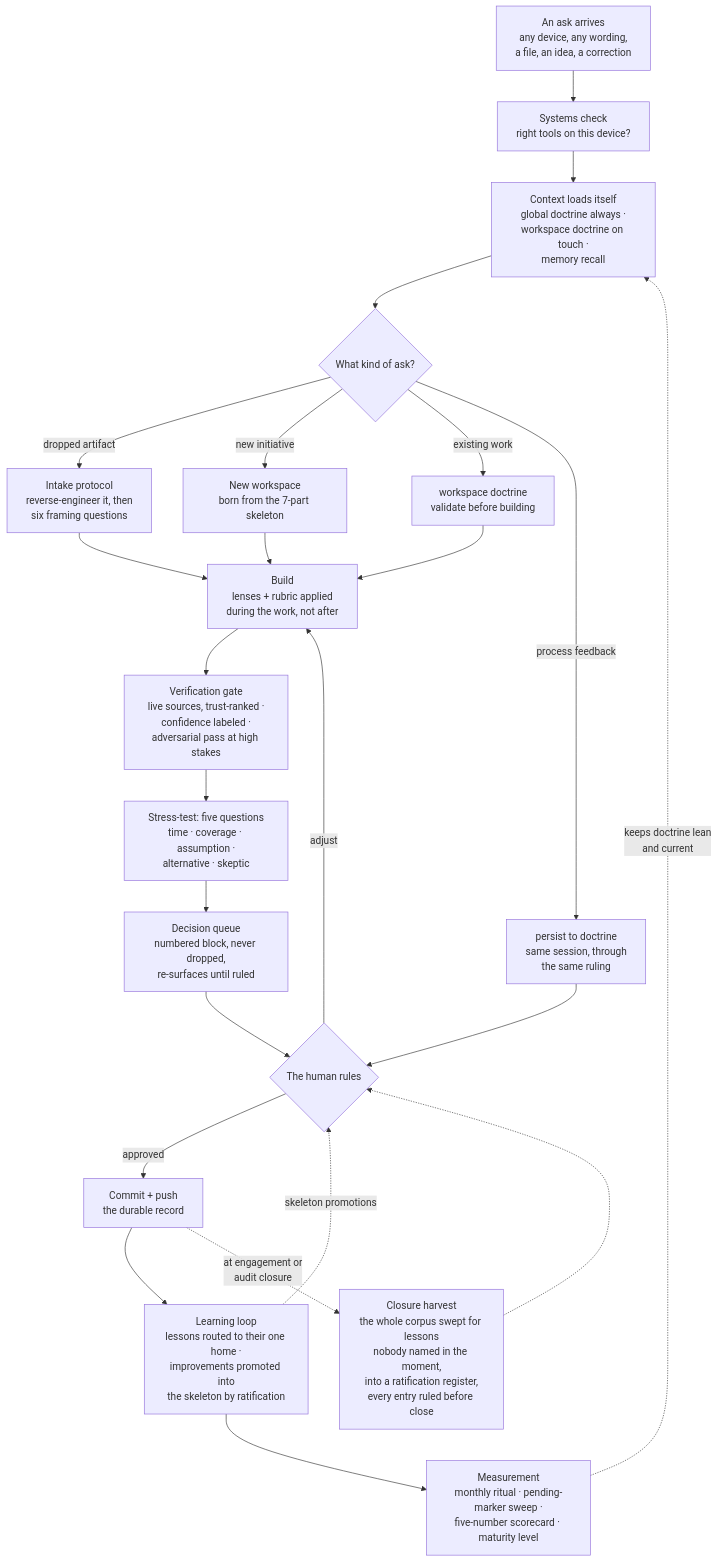
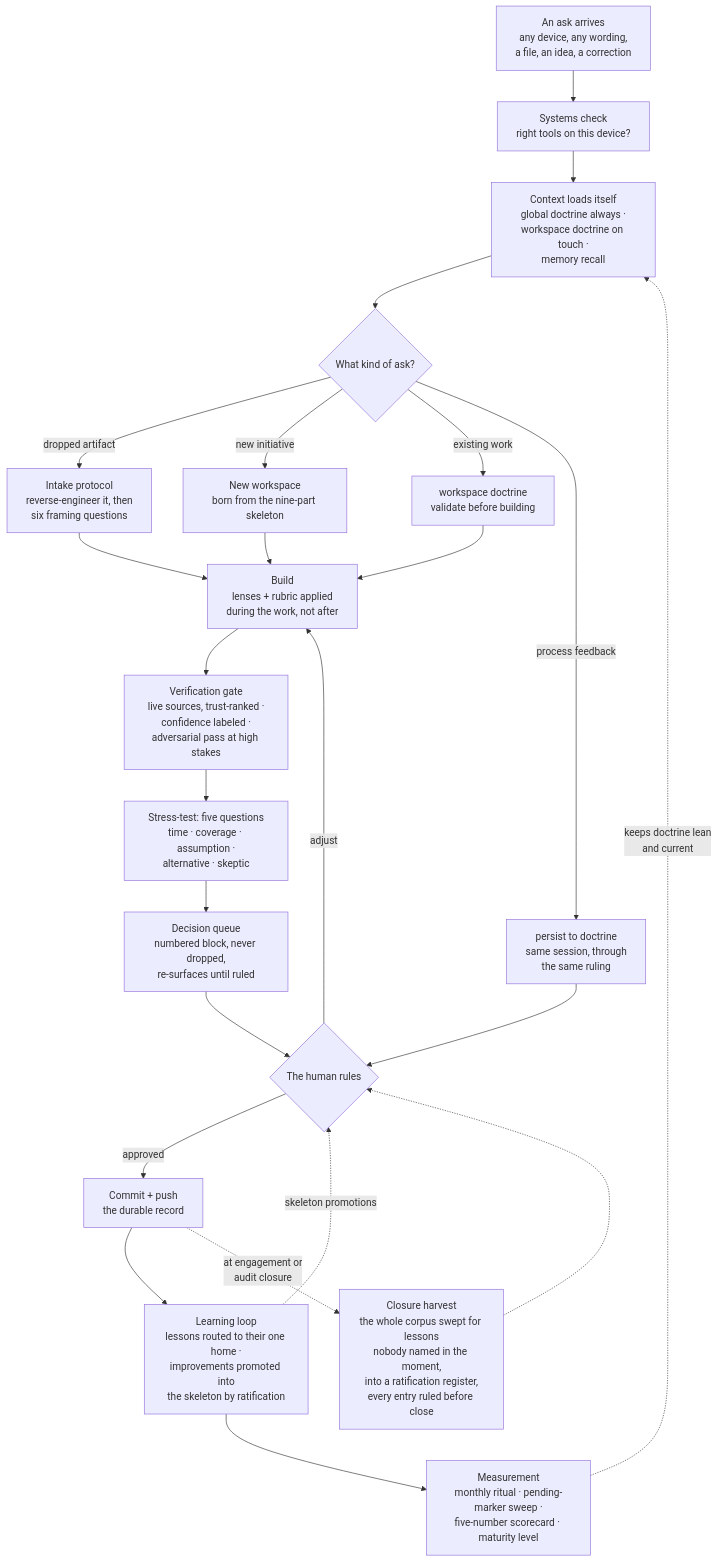
Before and after one commit to jelpol/ai-operating-model: the first of 5 diagrams in thesis.md, drawn with Mermaid. The commit also changed other lines of this file and 7 other files, not shown here.

````diff
--- a/thesis.md
+++ b/thesis.md
@@ -134,26 +142,26 @@
 ```mermaid
 flowchart TD
     A["An ask arrives<br/>any device, any wording,<br/>a file, an idea, a correction"] --> B["Systems check<br/>right tools on this device?"]
     B --> C["Context loads itself<br/>global doctrine always ·<br/>workspace doctrine on touch ·<br/>memory recall"]
     C --> D{"What kind of ask?"}
     D -->|"dropped artifact"| E["Intake protocol<br/>reverse-engineer it, then<br/>six framing questions"]
-    D -->|"new initiative"| F["New workspace<br/>born from the 7-part skeleton"]
+    D -->|"new initiative"| F["New workspace<br/>born from the nine-part skeleton"]
     D -->|"existing work"| G["workspace doctrine<br/>validate before building"]
     D -->|"process feedback"| H["persist to doctrine<br/>same session, through<br/>the same ruling"]
     E --> I["Build<br/>lenses + rubric applied<br/>during the work, not after"]
     F --> I
     G --> I
     I --> J["Verification gate<br/>live sources, trust-ranked ·<br/>confidence labeled ·<br/>adversarial pass at high stakes"]
     J --> K["Stress-test: five questions<br/>time · coverage · assumption ·<br/>alternative · skeptic"]
     K --> L["Decision queue<br/>numbered block, never dropped,<br/>re-surfaces until ruled"]
     L --> M{"The human rules"}
     M -->|"adjust"| I
     M -->|"approved"| N["Commit + push<br/>the durable record"]
     H --> M
     N --> O["Learning loop<br/>lessons routed to their one home ·<br/>improvements promoted into<br/>the skeleton by ratification"]
     O -.->|"skeleton promotions"| M
     O --> P["Measurement<br/>monthly ritual · pending-marker sweep ·<br/>five-number scorecard · maturity level"]
     N -.->|"at engagement or<br/>audit closure"| Q["Closure harvest<br/>the whole corpus swept for lessons<br/>nobody named in the moment,<br/>into a ratification register,<br/>every entry ruled before close"]
     Q -.-> M
     P -.->|"keeps doctrine lean<br/>and current"| C
 ```
````
